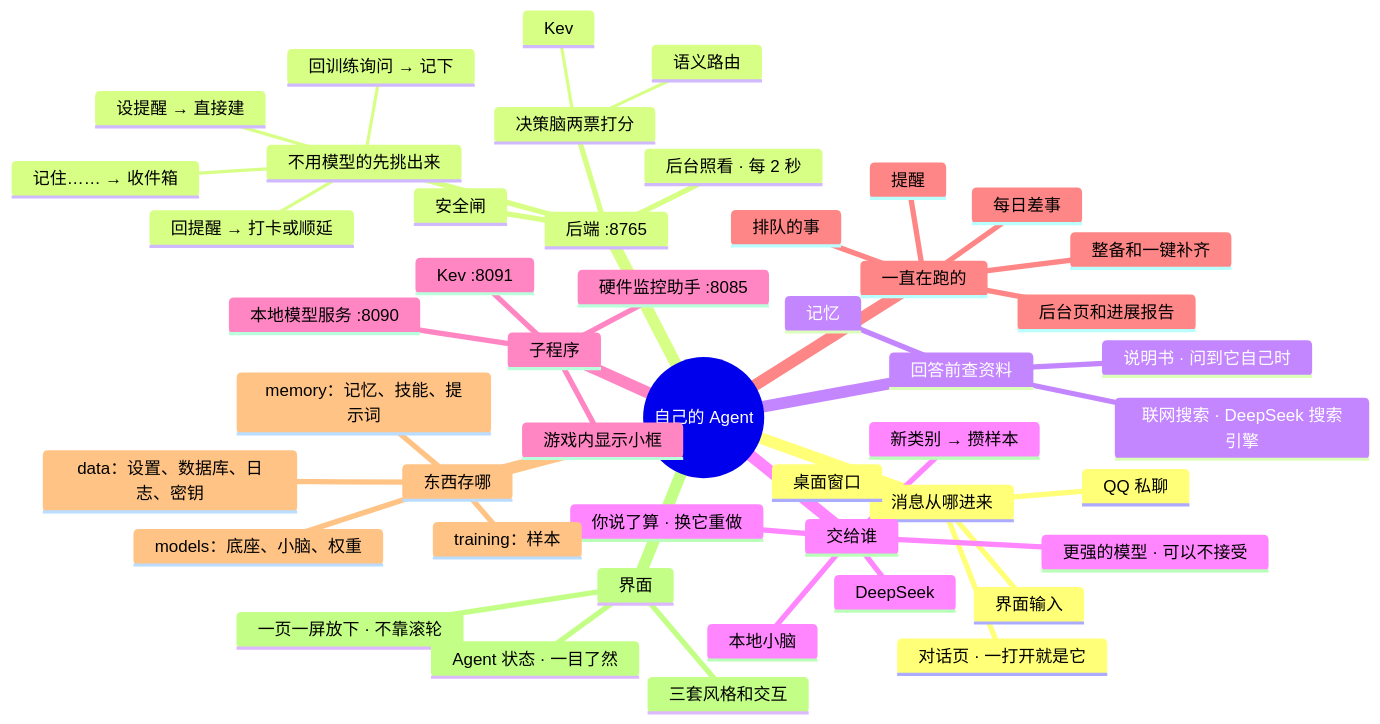
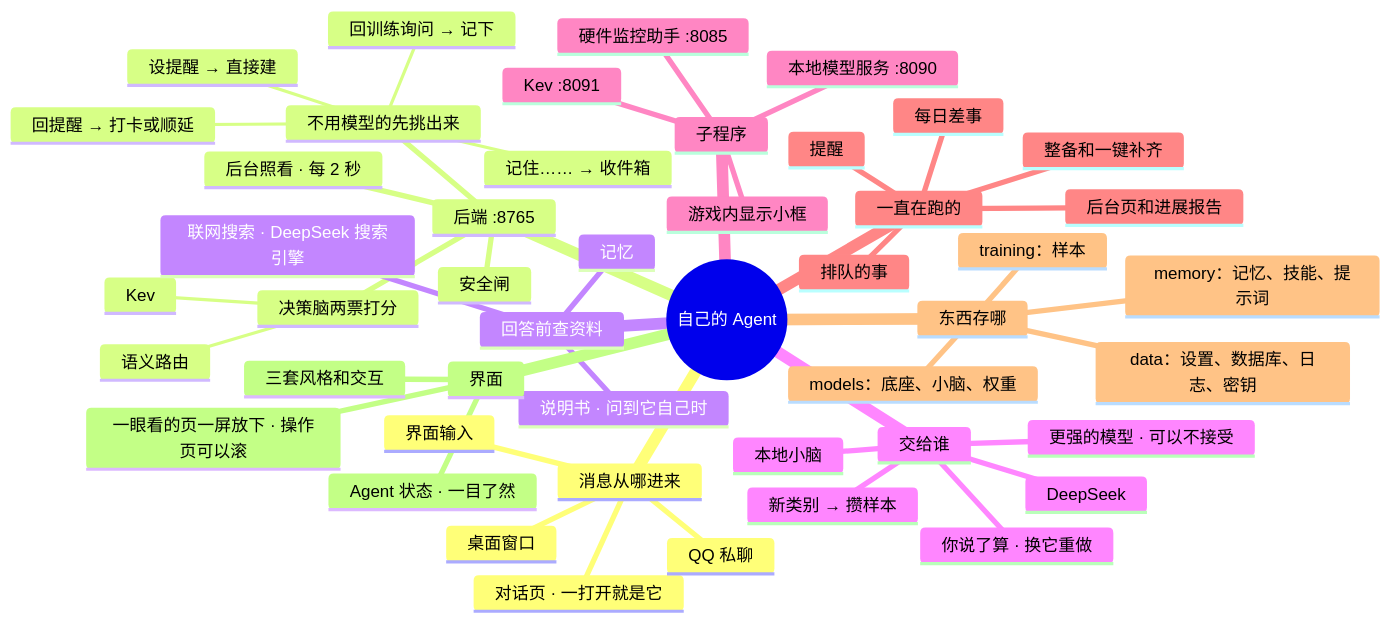
The diagram in docs/AI文档/架构/00-总览.md (lql-076/Experiment-Agent-One), drawn with Mermaid before and after one commit. The commit also changed other lines of this file and 28 other files, not shown here.

````diff
--- a/docs/AI文档/架构/00-总览.md
+++ b/docs/AI文档/架构/00-总览.md
@@ -9,78 +9,78 @@
 ```mermaid
 mindmap
   root((自己的 Agent))
     消息从哪进来
       对话页 · 一打开就是它
       :::go-12
       QQ 私聊
       :::svc-qq go-04
       界面输入
       桌面窗口
       :::go-13
     后端 :8765
     :::svc-backend
       不用模型的先挑出来
         回提醒 → 打卡或顺延
         回训练询问 → 记下
         设提醒 → 直接建
         记住…… → 收件箱
       决策脑两票打分
       :::go-01
         语义路由
         Kev
         :::svc-kev
       安全闸
       :::go-08
       后台照看 · 每 2 秒
     回答前查资料
       记忆
       :::go-05
       说明书 · 问到它自己时
       :::go-01
       联网搜索 · DeepSeek 搜索引擎
       :::go-03
     交给谁
       本地小脑
       :::go-02
       DeepSeek
       :::svc-ds go-03
       更强的模型 · 可以不接受
       :::go-03
       你说了算 · 换它重做
       :::go-01
       新类别 → 攒样本
       :::go-06
     子程序
       本地模型服务 :8090
       :::svc-model go-02
       Kev :8091
       :::svc-kev
       硬件监控助手 :8085
       :::svc-hw go-11
       游戏内显示小框
       :::go-11
     一直在跑的
       提醒
       :::go-04
       每日差事
       :::svc-nightly go-07
       排队的事
       :::svc-queue
       整备和一键补齐
       :::go-09
       后台页和进展报告
       :::go-10
     东西存哪
       data：设置、数据库、日志、密钥
       memory：记忆、技能、提示词
       :::go-05
       training：样本
       models：底座、小脑、权重
     界面
-      一页一屏放下 · 不靠滚轮
+      一眼看的页一屏放下 · 操作页可以滚
       :::go-12
       Agent 状态 · 一目了然
       :::go-12
       三套风格和交互
       :::go-12
 ```
````
